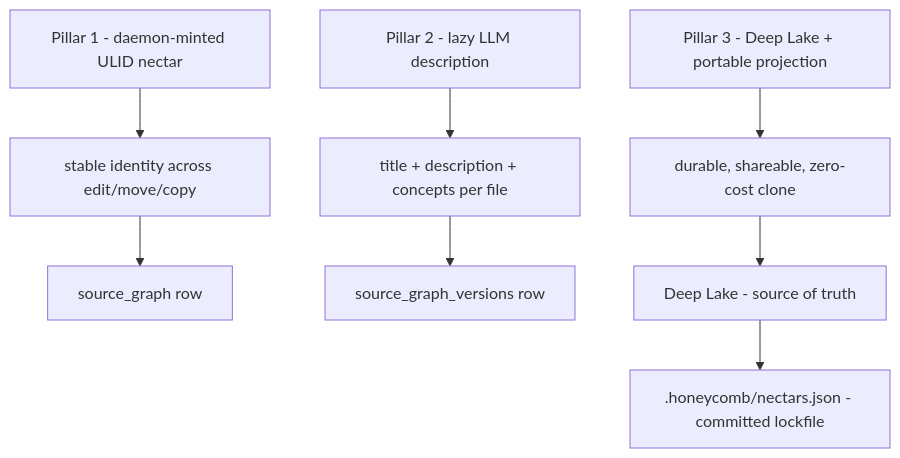
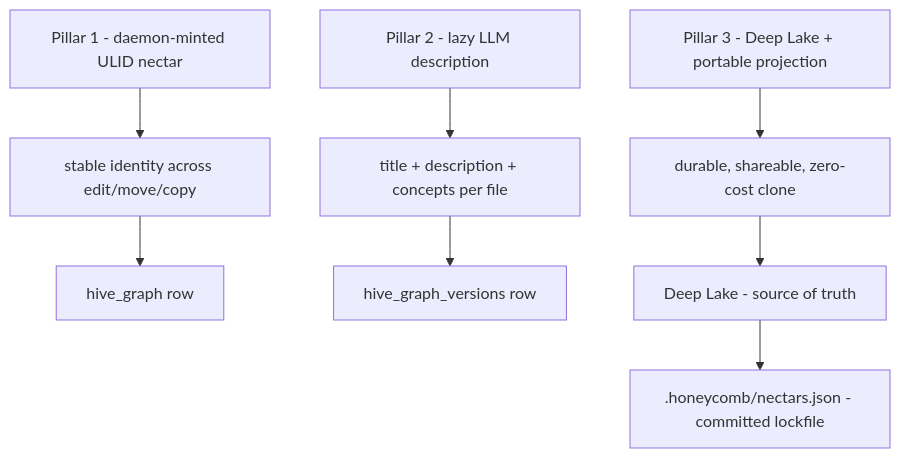
Before and after one commit to legioncodeinc/nectar: the first of 2 diagrams in library/knowledge/private/overview/overview-introduction-and-theory.md, drawn with Mermaid. The commit also changed other lines of this file and 337 other files, not shown here.

````diff
--- a/library/knowledge/private/overview/overview-introduction-and-theory.md
+++ b/library/knowledge/private/overview/overview-introduction-and-theory.md
@@ -72,10 +72,10 @@
 ```mermaid
 flowchart TD
     pillar1["Pillar 1 - daemon-minted ULID nectar"] --> stable["stable identity across edit/move/copy"]
     pillar2["Pillar 2 - lazy LLM description"] --> meaning["title + description + concepts per file"]
     pillar3["Pillar 3 - Deep Lake + portable projection"] --> durable["durable, shareable, zero-cost clone"]
-    stable --> nectarRow["source_graph row"]
-    meaning --> versionRow["source_graph_versions row"]
+    stable --> nectarRow["hive_graph row"]
+    meaning --> versionRow["hive_graph_versions row"]
     durable --> store["Deep Lake - source of truth"]
     store --> projection[".honeycomb/nectars.json - committed lockfile"]
 ```
````
